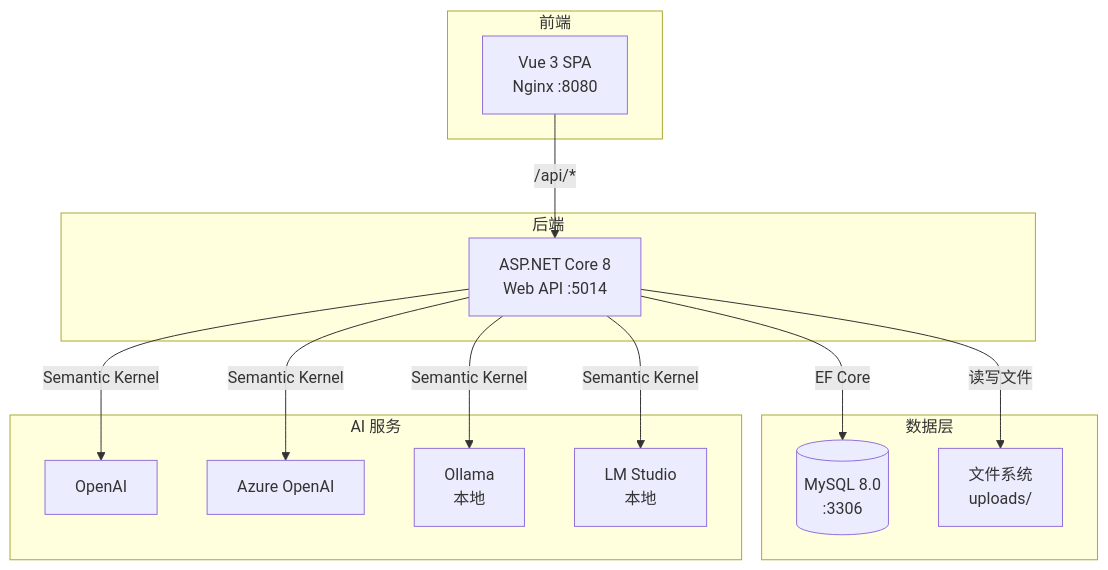
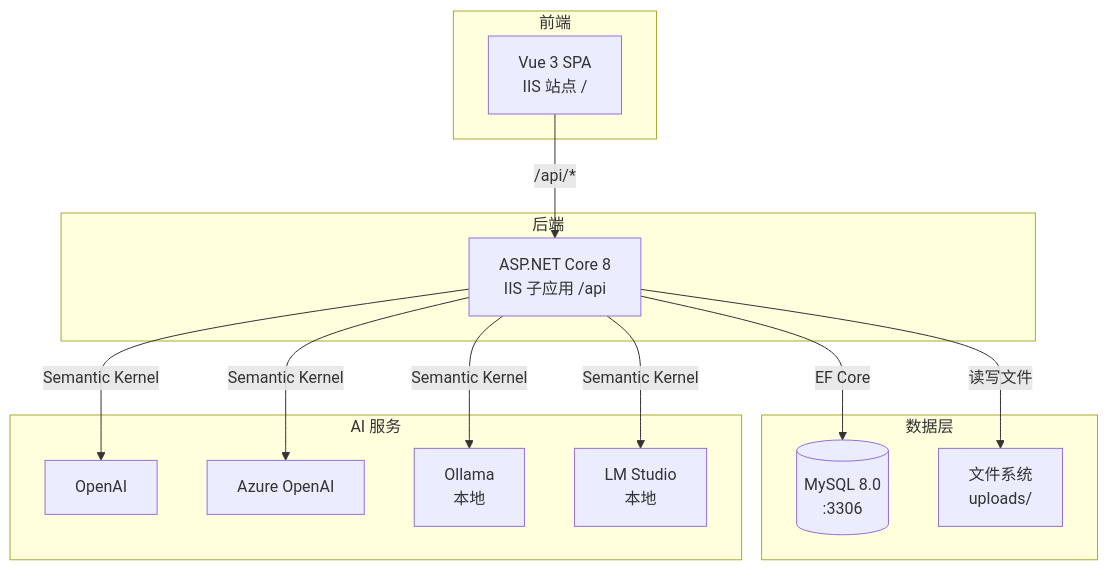
One commit to xiaocaiisxiaocai/AcceptanceSpecRecognition changed the second of 28 diagrams in docs/design-overview.md. Above: the diagram before and after it, drawn with Mermaid. The commit also changed other lines of this file and 162 other files, not shown here.

````diff
--- a/docs/design-overview.md
+++ b/docs/design-overview.md
@@ -56,30 +56,30 @@
 ```mermaid
 graph TB
     subgraph 前端
-        FE[Vue 3 SPA<br/>Nginx :8080]
+        FE[Vue 3 SPA<br/>IIS 站点 /]
     end
 
     subgraph 后端
-        API[ASP.NET Core 8<br/>Web API :5014]
+        API[ASP.NET Core 8<br/>IIS 子应用 /api]
     end
 
     subgraph 数据层
         DB[(MySQL 8.0<br/>:3306)]
         FS[文件系统<br/>uploads/]
     end
 
     subgraph AI 服务
         OAI[OpenAI]
         AZURE[Azure OpenAI]
         OLLAMA[Ollama<br/>本地]
         LMS[LM Studio<br/>本地]
     end
 
     FE -- "/api/*" --> API
     API -- "EF Core" --> DB
     API -- "读写文件" --> FS
     API -- "Semantic Kernel" --> OAI
     API -- "Semantic Kernel" --> AZURE
     API -- "Semantic Kernel" --> OLLAMA
     API -- "Semantic Kernel" --> LMS
 ```
````
